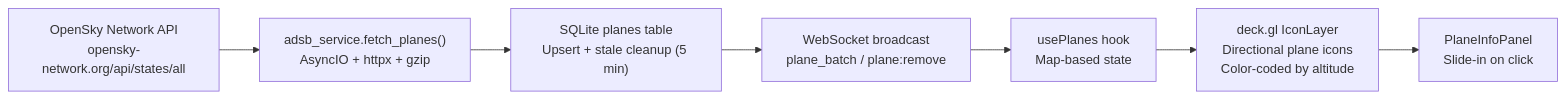
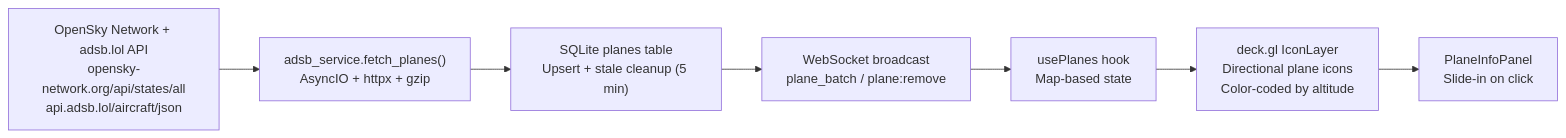
One commit to RishiJain905/TerraWatch changed the second of 3 diagrams in README.md. Above: the diagram before and after it, drawn with Mermaid. The commit also changed other lines of this file and 1 other file, not shown here.

````diff
--- a/README.md
+++ b/README.md
@@ -59,17 +61,18 @@
 ```mermaid
 flowchart LR
-    A["OpenSky Network API
-opensky-network.org/api/states/all"] --> B["adsb_service.fetch_planes()
+    A["OpenSky Network + adsb.lol API
+opensky-network.org/api/states/all
+api.adsb.lol/aircraft/json"] --> B["adsb_service.fetch_planes()
 AsyncIO + httpx + gzip"]
     B --> C["SQLite planes table
 Upsert + stale cleanup (5 min)"]
     C --> D["WebSocket broadcast
 plane_batch / plane:remove"]
     D --> E["usePlanes hook
 Map-based state"]
     E --> F["deck.gl IconLayer
 Directional plane icons
 Color-coded by altitude"]
     F --> G["PlaneInfoPanel
 Slide-in on click"]
 ```
````
